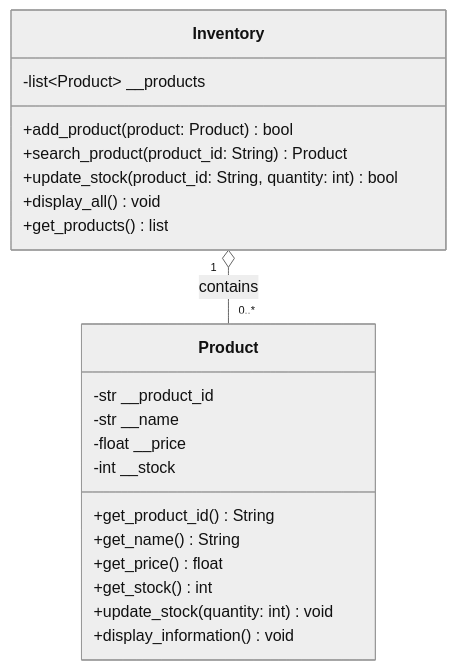
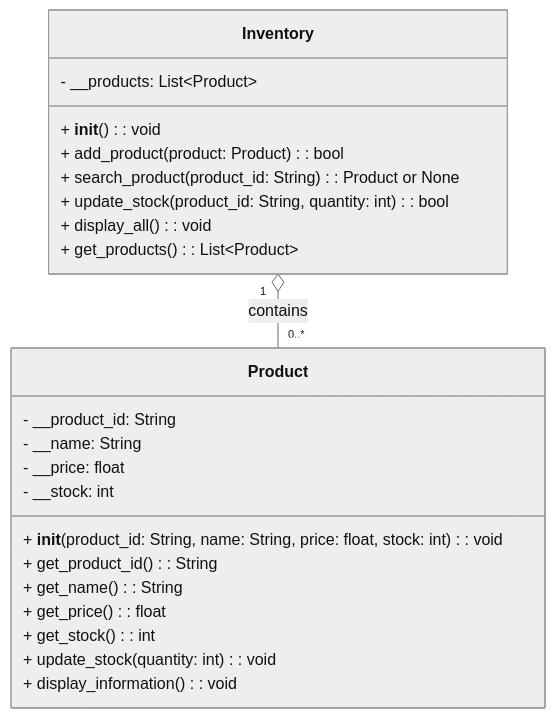
Before and after one commit to bryxnox27/INF1103-Lab: the diagram in Week 8/class_diagram.md, drawn with Mermaid (neutral theme). The commit also changed 1 other file, not shown here.

Commit message:
Add Week 8 UML class diagram PNG

````diff
--- a/Week 8/class_diagram.md
+++ b/Week 8/class_diagram.md
@@ -3,26 +3,28 @@
 ```mermaid
 classDiagram
     class Product {
-        -str __product_id
-        -str __name
-        -float __price
-        -int __stock
-        +get_product_id() String
-        +get_name() String
-        +get_price() float
-        +get_stock() int
-        +update_stock(quantity: int) void
-        +display_information() void
+        - __product_id: String
+        - __name: String
+        - __price: float
+        - __stock: int
+        + __init__(product_id: String, name: String, price: float, stock: int): void
+        + get_product_id(): String
+        + get_name(): String
+        + get_price(): float
+        + get_stock(): int
+        + update_stock(quantity: int): void
+        + display_information(): void
     }
 
     class Inventory {
-        -list~Product~ __products
-        +add_product(product: Product) bool
-        +search_product(product_id: String) Product
-        +update_stock(product_id: String, quantity: int) bool
-        +display_all() void
-        +get_products() list
+        - __products: List~Product~
+        + __init__(): void
+        + add_product(product: Product): bool
+        + search_product(product_id: String): Product or None
+        + update_stock(product_id: String, quantity: int): bool
+        + display_all(): void
+        + get_products(): List~Product~
     }
 
     Inventory "1" o-- "0..*" Product : contains
 ```
````
